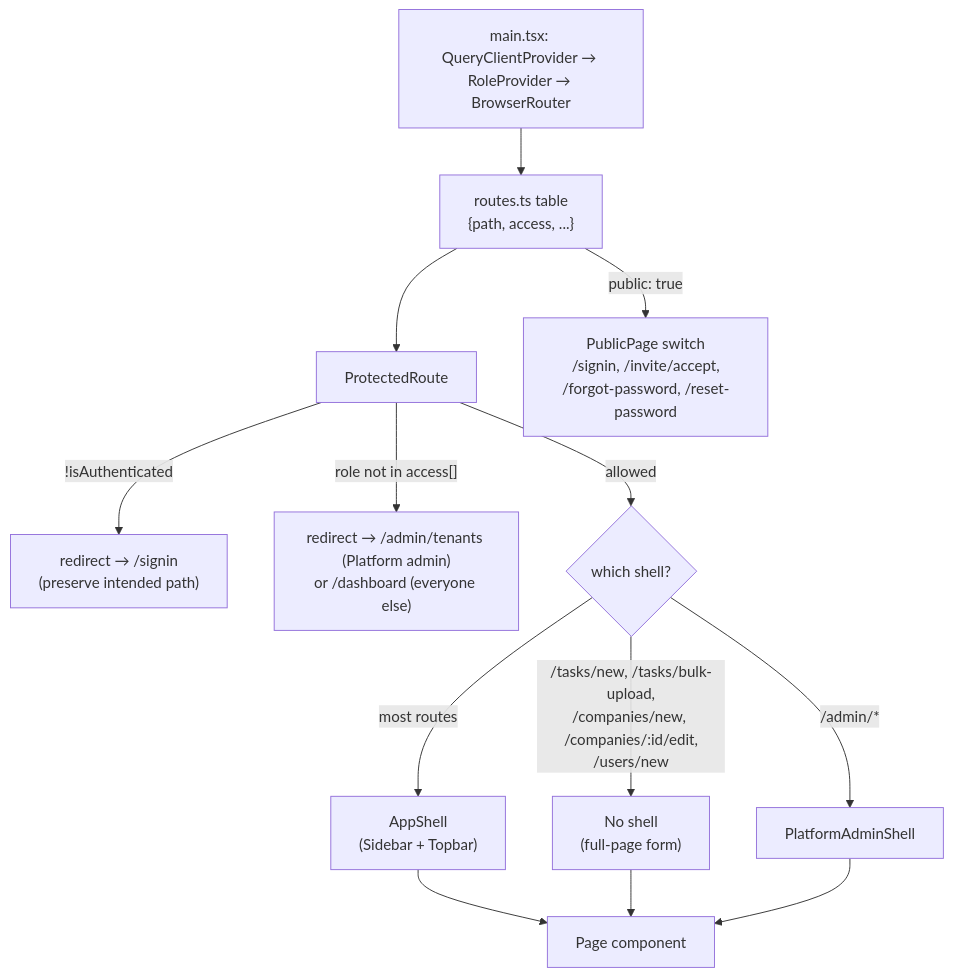
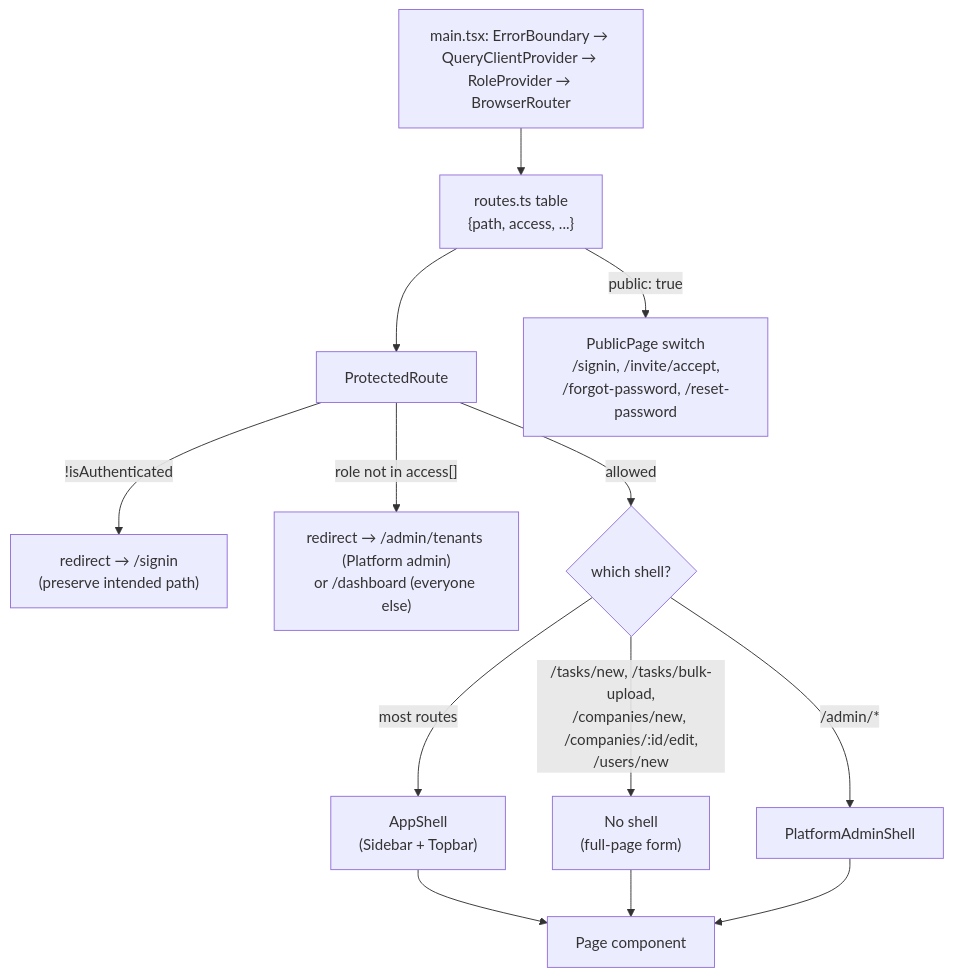
Before and after one commit to rvtech1991-hue/AuditFlow-Frontend: the sixth of 7 diagrams in ARCHITECTURE.md, drawn with Mermaid. The commit also changed other lines of this file and 7 other files, not shown here.

````diff
--- a/ARCHITECTURE.md
+++ b/ARCHITECTURE.md
@@ -199,15 +199,15 @@
 ```mermaid
 flowchart TD
-    ENTRY["main.tsx: QueryClientProvider → RoleProvider → BrowserRouter"] --> ROUTES["routes.ts table\n{path, access, ...}"]
+    ENTRY["main.tsx: ErrorBoundary → QueryClientProvider → RoleProvider → BrowserRouter"] --> ROUTES["routes.ts table\n{path, access, ...}"]
     ROUTES --> PR["ProtectedRoute"]
     PR -->|"!isAuthenticated"| SIGNIN["redirect → /signin\n(preserve intended path)"]
     PR -->|"role not in access[]"| FALLBACK["redirect → /admin/tenants (Platform admin)\nor /dashboard (everyone else)"]
     PR -->|allowed| SHELLPICK{"which shell?"}
     SHELLPICK -->|"most routes"| APPSHELL["AppShell\n(Sidebar + Topbar)"]
     SHELLPICK -->|"/tasks/new, /tasks/bulk-upload,\n/companies/new, /companies/:id/edit,\n/users/new"| BARE["No shell\n(full-page form)"]
     SHELLPICK -->|"/admin/*"| PASHELL["PlatformAdminShell"]
     APPSHELL --> PAGE["Page component"]
     BARE --> PAGE
     PASHELL --> PAGE
     ROUTES -->|"public: true"| PUBLICSWITCH["PublicPage switch\n/signin, /invite/accept,\n/forgot-password, /reset-password"]
 ```
````
